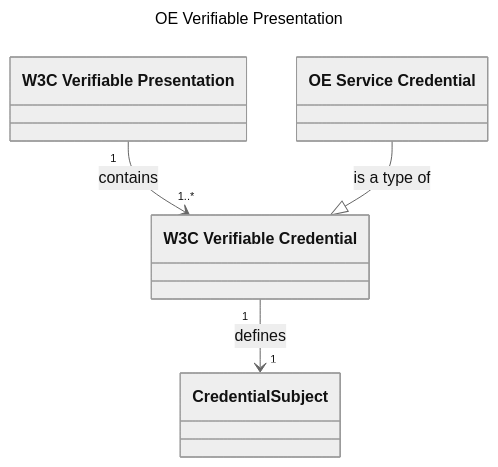
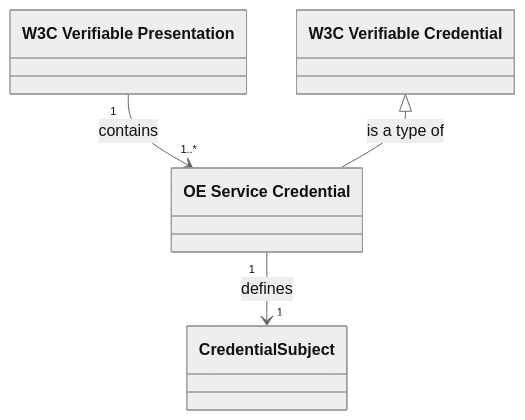
One commit to deltaDAO/pontusx-docs changed the first of 2 diagrams in pages/docs/ddo_credential/ddo_schema.mdx. Above: the diagram before and after it, drawn with Mermaid (neutral theme). The commit also changed other lines of this file and 4 other files, not shown here.

Commit message:
docs: add DDO diagram svgs

````diff
--- a/pages/docs/ddo_credential/ddo_schema.mdx
+++ b/pages/docs/ddo_credential/ddo_schema.mdx
@@ -3,20 +5,15 @@
 ```mermaid
----
-title: OE Verifiable Presentation
----
 classDiagram
     class `W3C Verifiable Presentation` {
     }
+    class `OE Service Credential` {
+    }
     class `W3C Verifiable Credential` {
-    }
-    class `OE Service Credential` {
     }
     class CredentialSubject {
     }
-
-    `W3C Verifiable Presentation` "1" --> "1..*" `W3C Verifiable Credential` : contains
-    `W3C Verifiable Credential` "1" --> "1" CredentialSubject : defines
-    `OE Service Credential` --|> `W3C Verifiable Credential` : is a type of
-
-
+ 
+    `W3C Verifiable Presentation` "1" --> "1..*" `OE Service Credential` : contains
+    `OE Service Credential` "1" --> "1" CredentialSubject : defines
+    `W3C Verifiable Credential` <|-- `OE Service Credential` : is a type of
 ```
````
